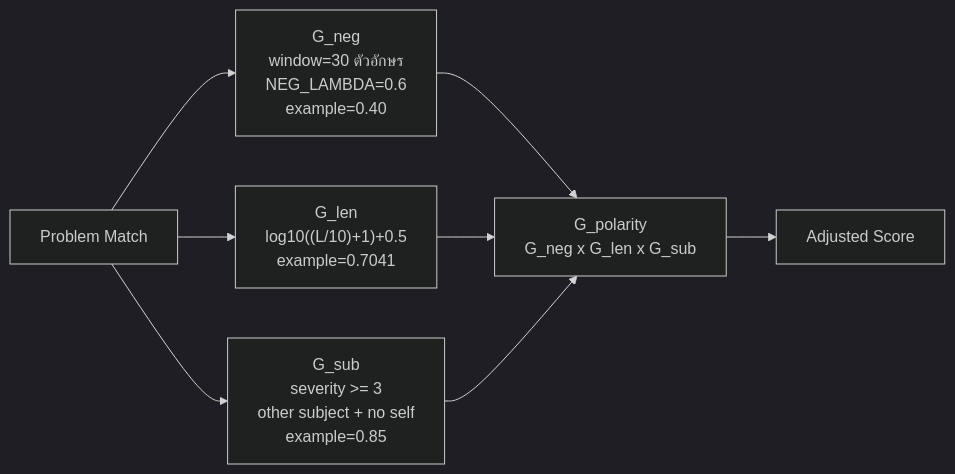
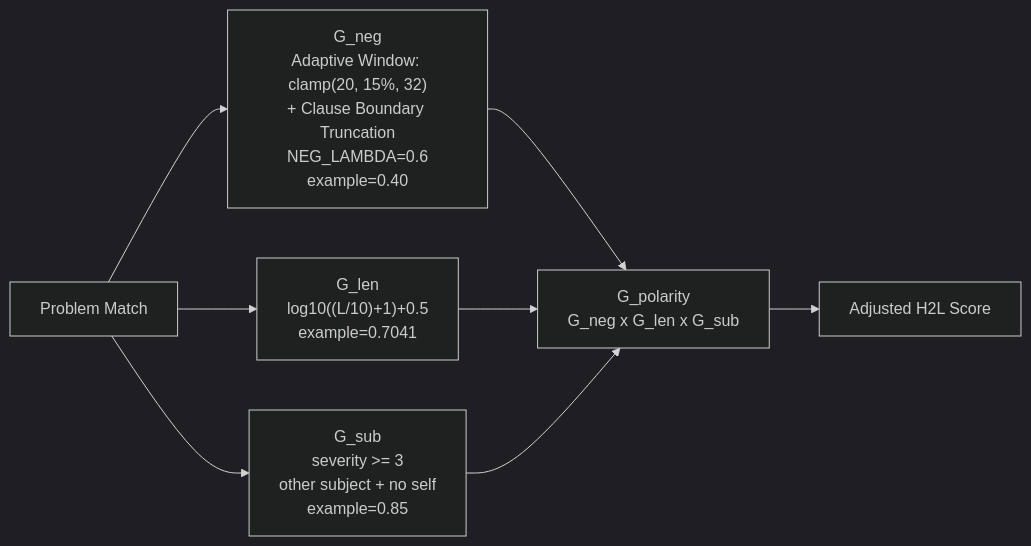
One commit to Mickeychay/thesis_one- changed the ninth of 9 diagrams in md_report/THESIS_FULL_MASTER.md. Above: the diagram before and after it, drawn with Mermaid (dark theme). The commit also changed other lines of this file and 14 other files, not shown here.

````diff
--- a/md_report/THESIS_FULL_MASTER.md
+++ b/md_report/THESIS_FULL_MASTER.md
@@ -1167,10 +1196,10 @@
 ```mermaid
 flowchart LR
-    A["Problem Match"] --> B["G_neg<br/>window=30 ตัวอักษร<br/>NEG_LAMBDA=0.6<br/>example=0.40"]
+    A["Problem Match"] --> B["G_neg<br/>Adaptive Window: clamp(20, 15%, 32)<br/>+ Clause Boundary Truncation<br/>NEG_LAMBDA=0.6<br/>example=0.40"]
     A --> C["G_len<br/>log10((L/10)+1)+0.5<br/>example=0.7041"]
     A --> D["G_sub<br/>severity >= 3<br/>other subject + no self<br/>example=0.85"]
     B --> E["G_polarity<br/>G_neg x G_len x G_sub"]
     C --> E
     D --> E
-    E --> F["Adjusted Score"]
+    E --> F["Adjusted H2L Score"]
 ```
````
